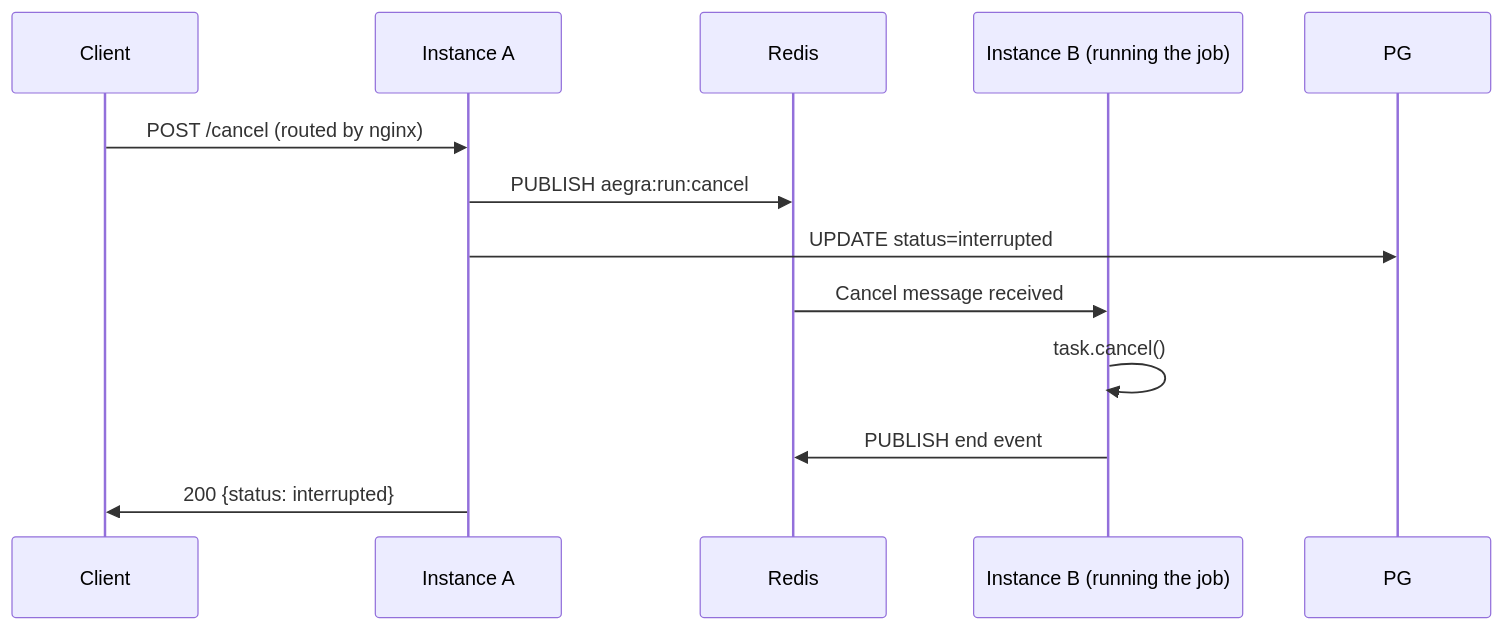
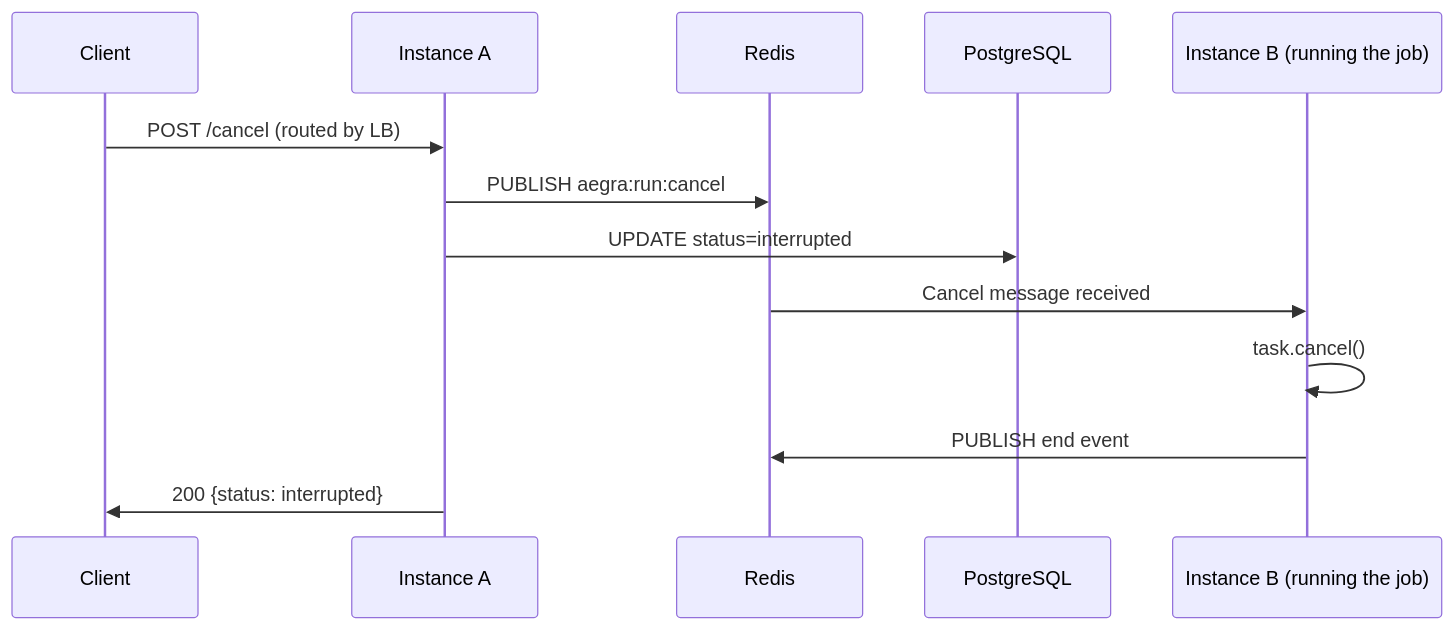
One commit to ibbybuilds/aegra changed the sixth of 6 diagrams in docs/guides/worker-architecture.mdx. Above: the diagram before and after it, drawn with Mermaid. The commit also changed other lines of this file and 1 other file, not shown here.

First line of the commit message:
docs: restructure worker architecture diagrams for clarity

````diff
--- a/docs/guides/worker-architecture.mdx
+++ b/docs/guides/worker-architecture.mdx
@@ -228,15 +230,16 @@
 ```mermaid
 sequenceDiagram
     participant C as Client
     participant A as Instance A
     participant R as Redis
+    participant PG as PostgreSQL
     participant B as Instance B (running the job)
 
-    C->>A: POST /cancel (routed by nginx)
+    C->>A: POST /cancel (routed by LB)
     A->>R: PUBLISH aegra:run:cancel
     A->>PG: UPDATE status=interrupted
     R->>B: Cancel message received
     B->>B: task.cancel()
     B->>R: PUBLISH end event
     A->>C: 200 {status: interrupted}
 ```
````
